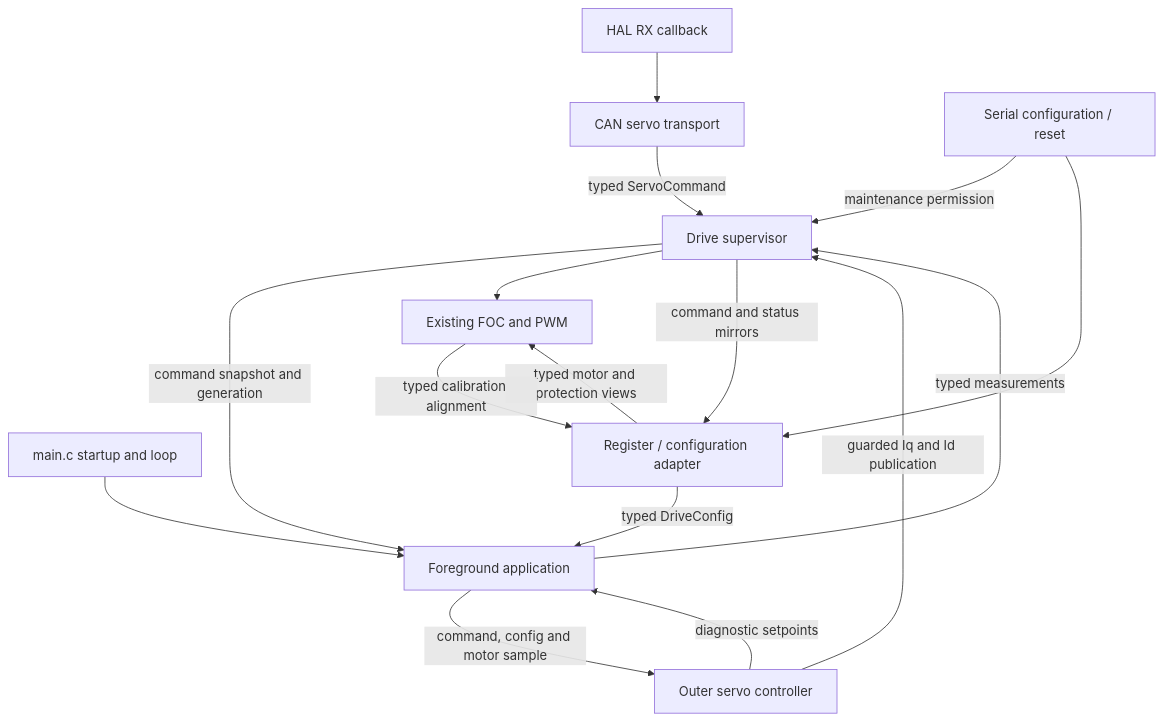
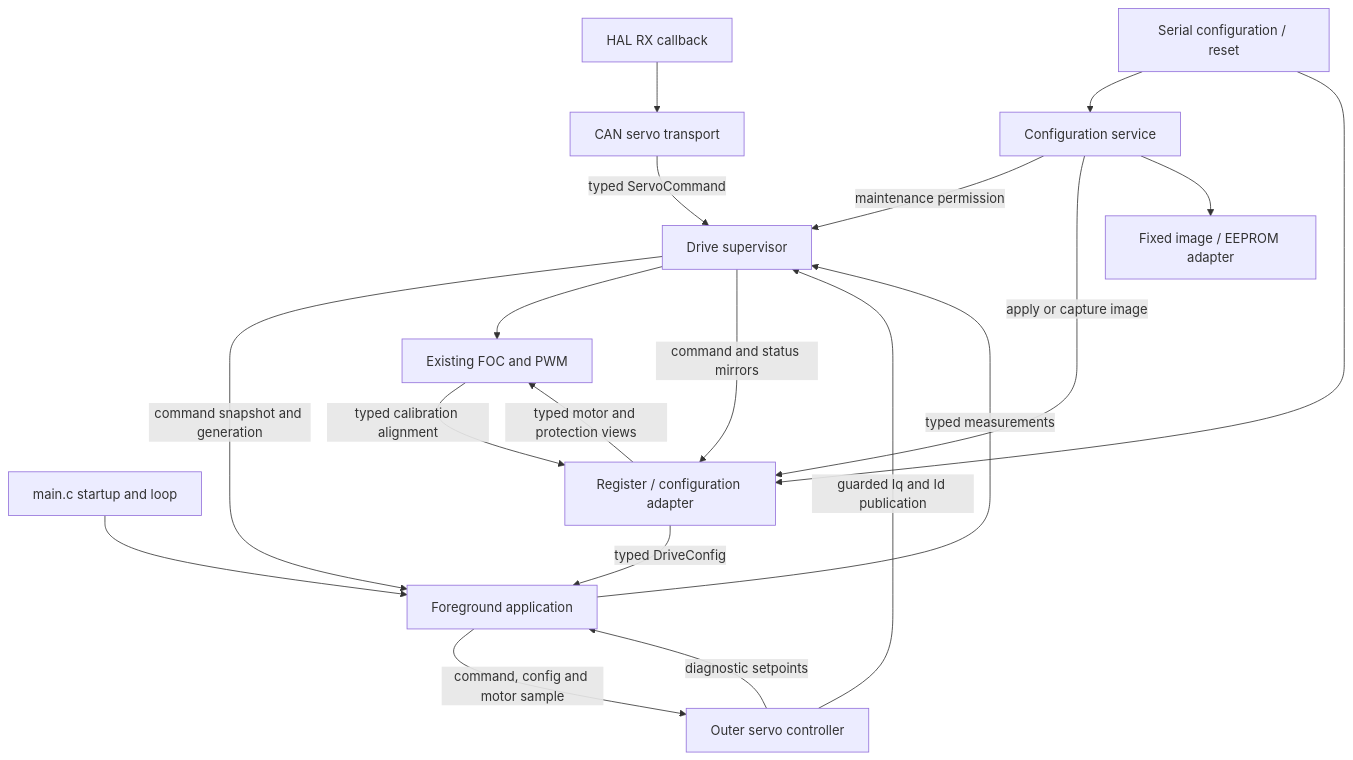
One commit to toblast/G431-Servo changed the diagram in docs/professional-architecture.md. Above: the diagram before and after it, drawn with Mermaid. The commit also changed other lines of this file and 33 other files, not shown here.

````diff
--- a/docs/professional-architecture.md
+++ b/docs/professional-architecture.md
@@ -25,18 +29,21 @@
 ```mermaid
 flowchart TD
     Callback[HAL RX callback] --> CAN[CAN servo transport]
     CAN -->|typed ServoCommand| Drive[Drive supervisor]
     Startup[main.c startup and loop] --> App[Foreground application]
     Drive -->|command snapshot and generation| App
     Config[Register / configuration adapter] -->|typed DriveConfig| App
     App -->|command, config and motor sample| Servo[Outer servo controller]
     Servo -->|guarded Iq and Id publication| Drive
     Servo -->|diagnostic setpoints| App
     Drive --> FOC[Existing FOC and PWM]
     Config -->|typed motor and protection views| FOC
     FOC -->|typed calibration alignment| Config
     App -->|typed measurements| Drive
     Drive -->|command and status mirrors| Config
-    UART[Serial configuration / reset] -->|maintenance permission| Drive
+    UART[Serial configuration / reset] --> Service[Configuration service]
+    Service -->|maintenance permission| Drive
+    Service -->|apply or capture image| Config
+    Service --> Storage[Fixed image / EEPROM adapter]
     UART --> Config
 ```
````
